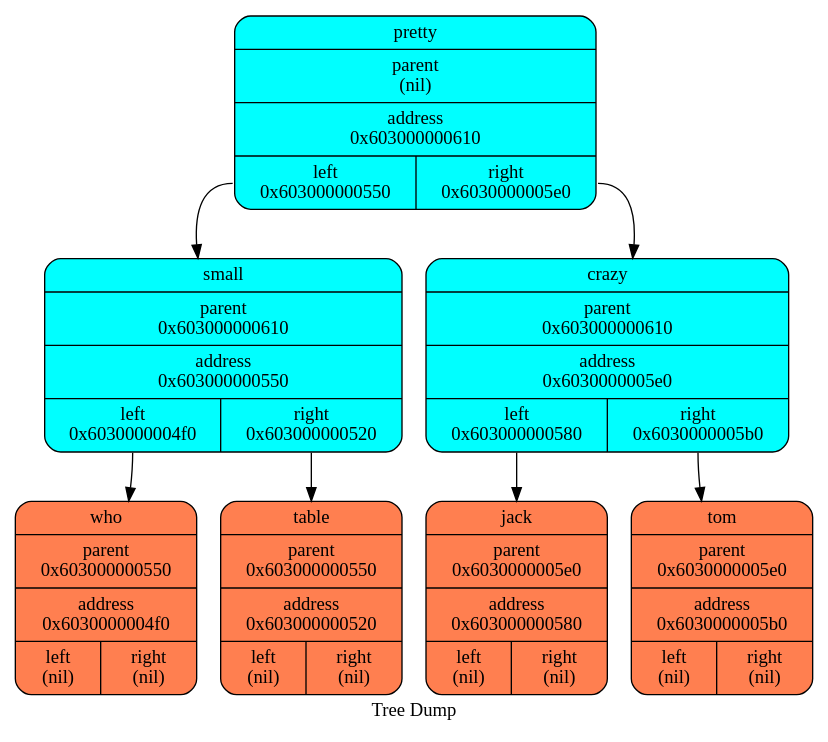
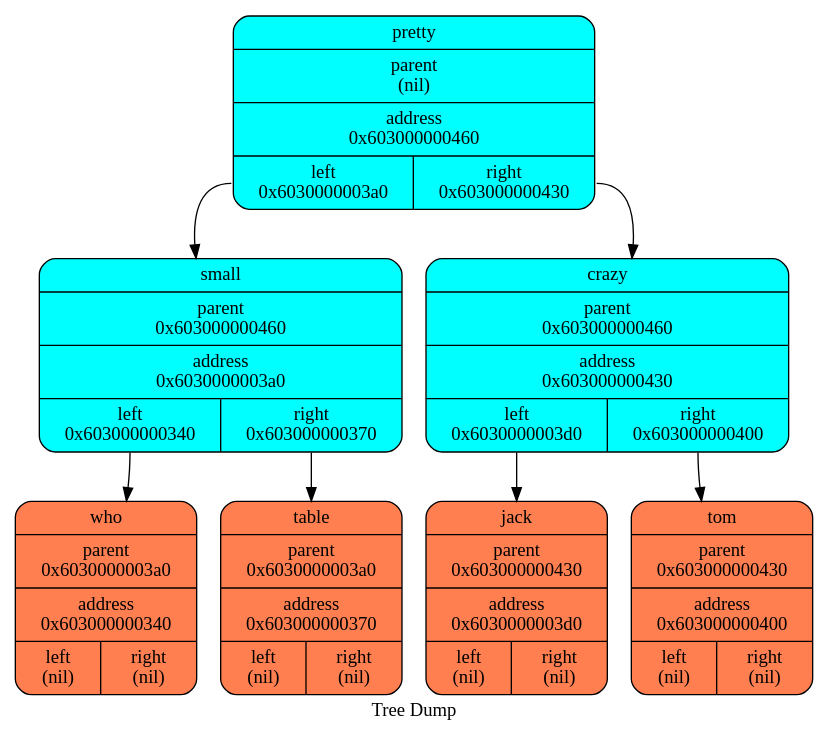
One commit to aidenfmunro/Akinator changed the diagram in log/dot/treegraph_0.dot. Above: the diagram before and after it, drawn with Graphviz. The commit also changed 3 other files, not shown here.

```diff
--- a/log/dot/treegraph_0.dot
+++ b/log/dot/treegraph_0.dot
@@ -1,19 +1,19 @@
   digraph tree  {
   node[   shape     = "Mrecord",  style     = "filled",  fillcolor = "aqua",  fontcolor = "#000000",  margin    = "0.075"];
   rankdir   = "TB";
 
   label     = "Tree Dump";
- "pretty" [shape = "Mrecord", label = "{<name>pretty | parent\n(nil) | <f0> address\n0x603000000610| {<left>left\n0x603000000550 | <right>right\n0x6030000005e0\n}}"];
+ "pretty" [shape = "Mrecord", label = "{<name>pretty | parent\n(nil) | <f0> address\n0x603000000460| {<left>left\n0x6030000003a0 | <right>right\n0x603000000430\n}}"];
   "pretty":left->"small";
- "small" [shape = "Mrecord", label = "{<name>small | parent\n0x603000000610 | <f0> address\n0x603000000550| {<left>left\n0x6030000004f0 | <right>right\n0x603000000520\n}}"];
+ "small" [shape = "Mrecord", label = "{<name>small | parent\n0x603000000460 | <f0> address\n0x6030000003a0| {<left>left\n0x603000000340 | <right>right\n0x603000000370\n}}"];
   "small":left->"who";
- "who" [shape = "Mrecord", fillcolor = "coral", label = "{<name>who | parent\n0x603000000550 | <f0> address\n0x6030000004f0| {<left>left\n(nil) | <right>right\n(nil)\n}}"];
+ "who" [shape = "Mrecord", fillcolor = "coral", label = "{<name>who | parent\n0x6030000003a0 | <f0> address\n0x603000000340| {<left>left\n(nil) | <right>right\n(nil)\n}}"];
   "small":right->"table";
- "table" [shape = "Mrecord", fillcolor = "coral", label = "{<name>table | parent\n0x603000000550 | <f0> address\n0x603000000520| {<left>left\n(nil) | <right>right\n(nil)\n}}"];
+ "table" [shape = "Mrecord", fillcolor = "coral", label = "{<name>table | parent\n0x6030000003a0 | <f0> address\n0x603000000370| {<left>left\n(nil) | <right>right\n(nil)\n}}"];
   "pretty":right->"crazy";
- "crazy" [shape = "Mrecord", label = "{<name>crazy | parent\n0x603000000610 | <f0> address\n0x6030000005e0| {<left>left\n0x603000000580 | <right>right\n0x6030000005b0\n}}"];
+ "crazy" [shape = "Mrecord", label = "{<name>crazy | parent\n0x603000000460 | <f0> address\n0x603000000430| {<left>left\n0x6030000003d0 | <right>right\n0x603000000400\n}}"];
   "crazy":left->"jack";
- "jack" [shape = "Mrecord", fillcolor = "coral", label = "{<name>jack | parent\n0x6030000005e0 | <f0> address\n0x603000000580| {<left>left\n(nil) | <right>right\n(nil)\n}}"];
+ "jack" [shape = "Mrecord", fillcolor = "coral", label = "{<name>jack | parent\n0x603000000430 | <f0> address\n0x6030000003d0| {<left>left\n(nil) | <right>right\n(nil)\n}}"];
   "crazy":right->"tom";
- "tom" [shape = "Mrecord", fillcolor = "coral", label = "{<name>tom | parent\n0x6030000005e0 | <f0> address\n0x6030000005b0| {<left>left\n(nil) | <right>right\n(nil)\n}}"];
+ "tom" [shape = "Mrecord", fillcolor = "coral", label = "{<name>tom | parent\n0x603000000430 | <f0> address\n0x603000000400| {<left>left\n(nil) | <right>right\n(nil)\n}}"];
   }
```
